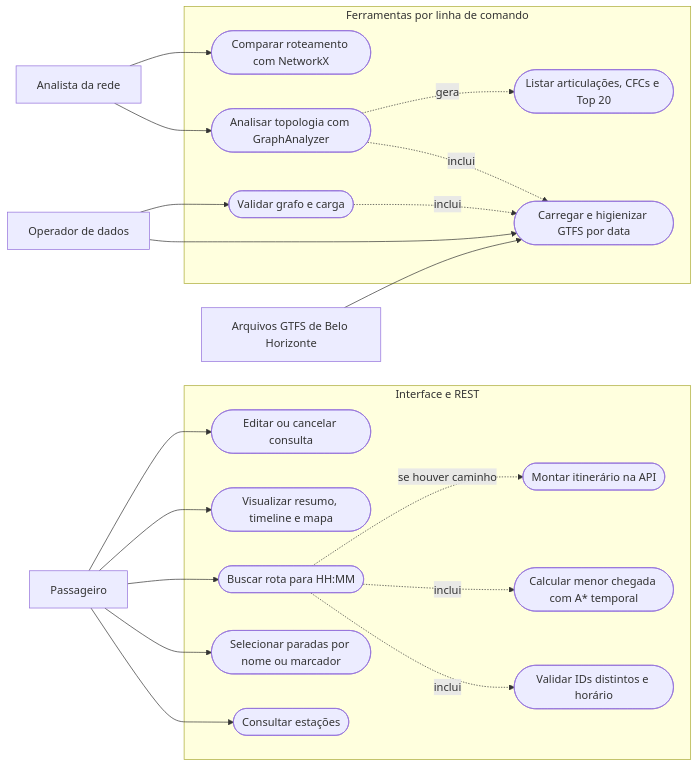
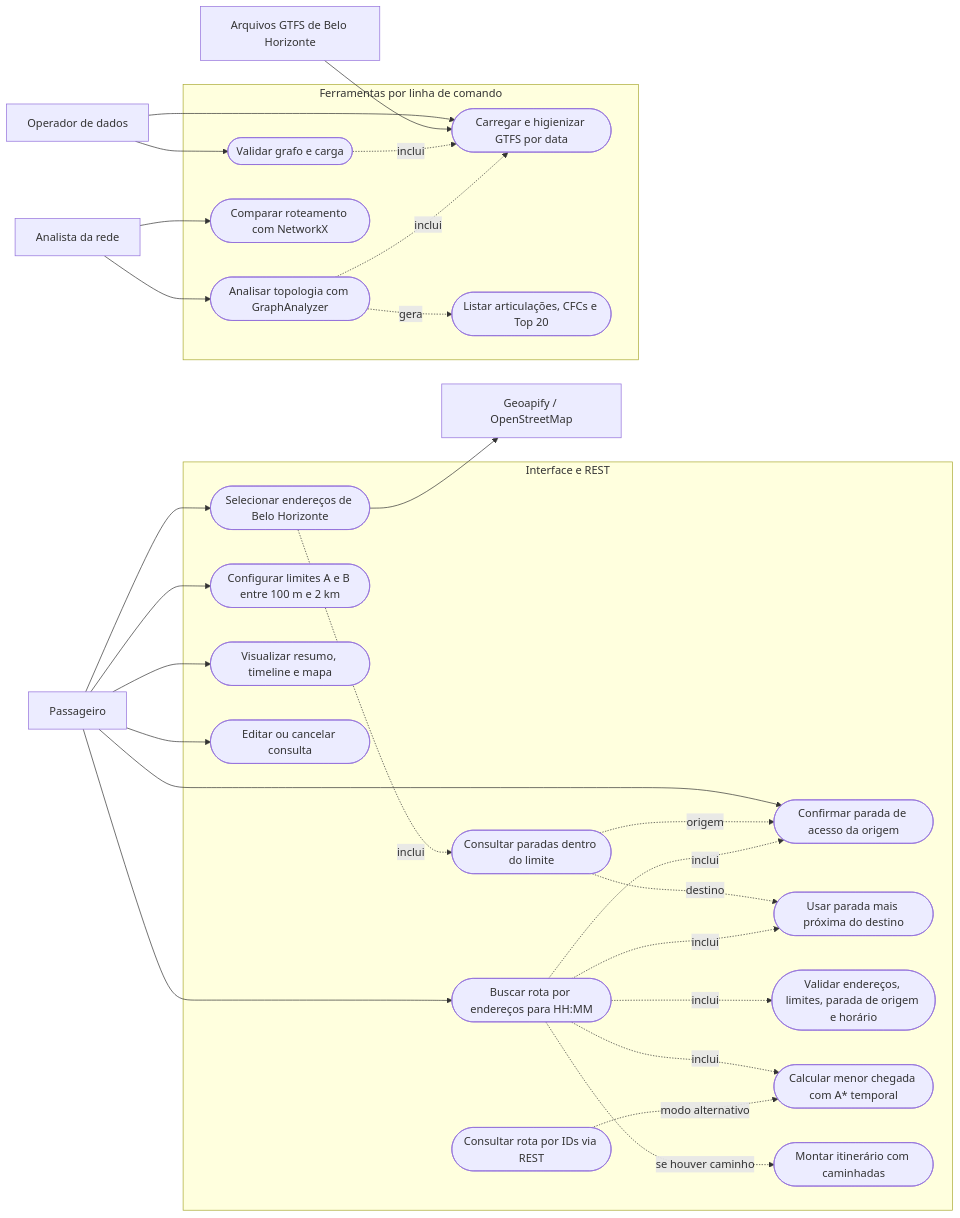
Before and after one commit to Luizfmaia10-dev/TP-Grafos: the diagram in docs/diagrams/source/diagrama-casos-de-uso-01.mmd, drawn with Mermaid. The commit also changed 163 other files, not shown here.

```diff
--- a/docs/diagrams/source/diagrama-casos-de-uso-01.mmd
+++ b/docs/diagrams/source/diagrama-casos-de-uso-01.mmd
@@ -1,38 +1,51 @@
 flowchart LR
     Passenger[Passageiro]
+    Geocoder[Geoapify / OpenStreetMap]
     Operator[Operador de dados]
     Analyst[Analista da rede]
     GTFS[Arquivos GTFS de Belo Horizonte]
     subgraph Public[Interface e REST]
-        Stations([Consultar estações])
-        Selection([Selecionar paradas por nome ou marcador])
-        Search([Buscar rota para HH:MM])
-        Validate([Validar IDs distintos e horário])
+        Address([Selecionar endereços de Belo Horizonte])
+        Limits([Configurar limites A e B entre 100 m e 2 km])
+        Candidates([Consultar paradas dentro do limite])
+        Origin([Confirmar parada de acesso da origem])
+        Destination([Usar parada mais próxima do destino])
+        Search([Buscar rota por endereços para HH:MM])
+        Validate([Validar endereços, limites, parada de origem e horário])
         Calculate([Calcular menor chegada com A* temporal])
-        Itinerary([Montar itinerário na API])
+        Itinerary([Montar itinerário com caminhadas])
         View([Visualizar resumo, timeline e mapa])
         Edit([Editar ou cancelar consulta])
+        StationREST([Consultar rota por IDs via REST])
     end
     subgraph CLI[Ferramentas por linha de comando]
         Load([Carregar e higienizar GTFS por data])
         Check([Validar grafo e carga])
         Analyze([Analisar topologia com GraphAnalyzer])
         Critical([Listar articulações, CFCs e Top 20])
         Benchmark([Comparar roteamento com NetworkX])
     end
-    Passenger --> Stations
-    Passenger --> Selection
+    Passenger --> Address
+    Passenger --> Limits
+    Passenger --> Origin
     Passenger --> Search
     Passenger --> View
     Passenger --> Edit
+    Address --> Geocoder
+    Address -.->|inclui| Candidates
+    Candidates -.->|origem| Origin
+    Candidates -.->|destino| Destination
     Search -.->|inclui| Validate
+    Search -.->|inclui| Origin
+    Search -.->|inclui| Destination
     Search -.->|inclui| Calculate
     Search -.->|se houver caminho| Itinerary
+    StationREST -.->|modo alternativo| Calculate
     Operator --> Load
     Operator --> Check
     GTFS --> Load
     Check -.->|inclui| Load
     Analyst --> Analyze
     Analyst --> Benchmark
     Analyze -.->|inclui| Load
     Analyze -.->|gera| Critical
```
